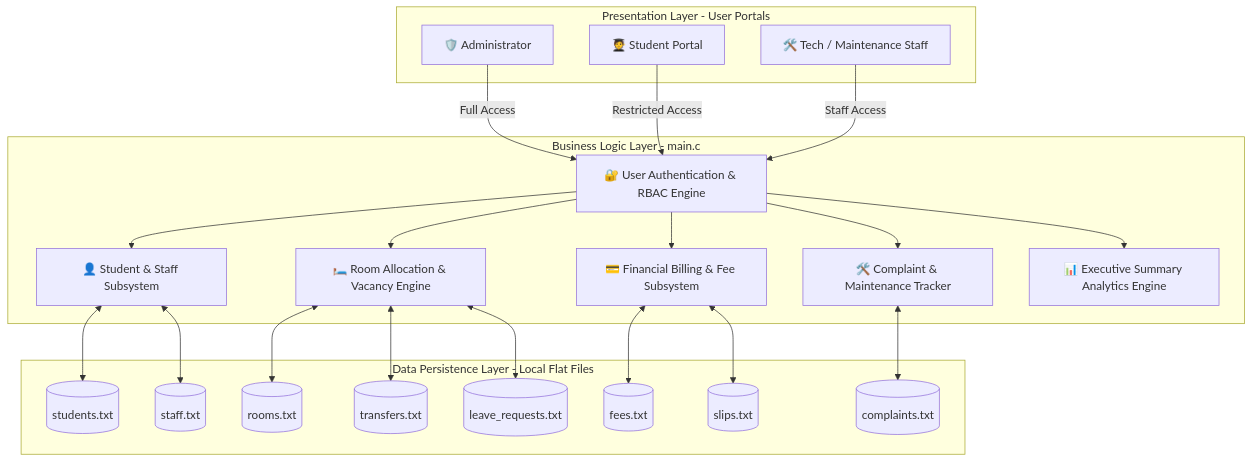
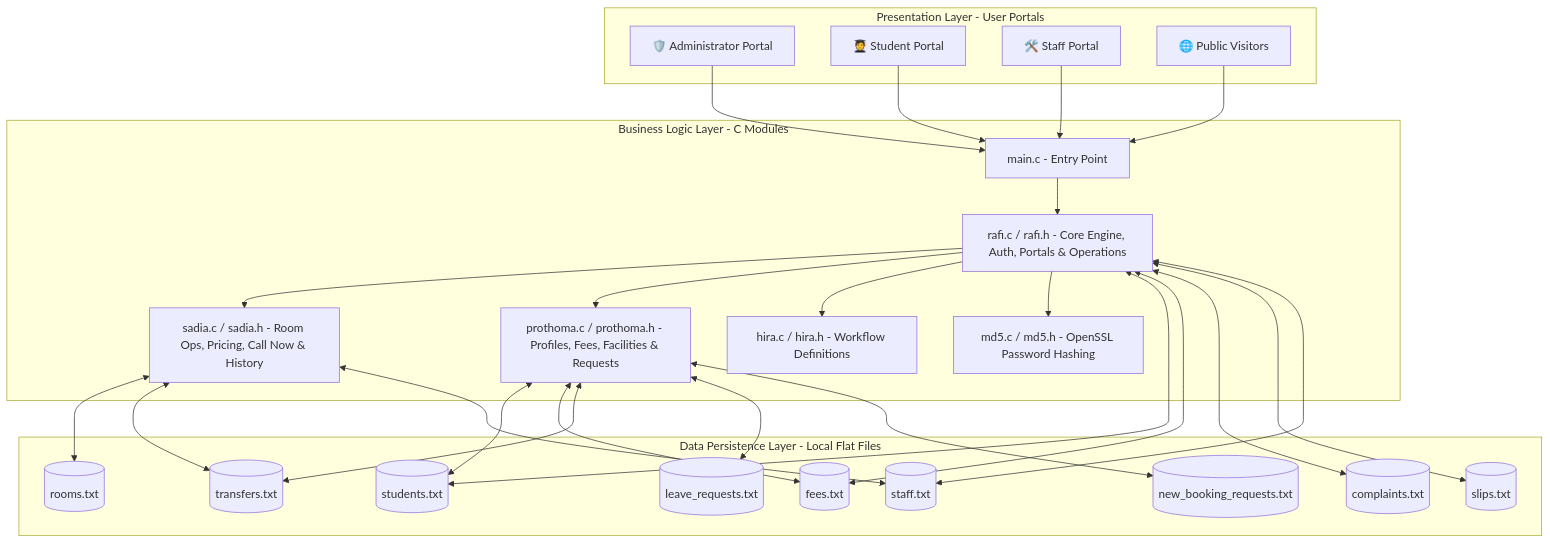
Before and after one commit to Null-Spectra/Capstone_Project_4th_Semester: the diagram in README.md, drawn with Mermaid. The commit also changed other lines of this file and 4 other files, not shown here.

````diff
--- a/README.md
+++ b/README.md
@@ -58,39 +56,38 @@
 ```mermaid
 graph TD
     subgraph Presentation Layer - User Portals
-        U1[🛡️ Administrator]
+        U1[🛡️ Administrator Portal]
         U2[🧑‍🎓 Student Portal]
-        U3[🛠️ Tech / Maintenance Staff]
+        U3[🛠️ Staff Portal]
+        U4[🌐 Public Visitors]
     end
 
-    subgraph Business Logic Layer - main.c
-        AUTH[🔐 User Authentication & RBAC Engine]
-        STUD[👤 Student & Staff Subsystem]
-        ROOM[🛏️ Room Allocation & Vacancy Engine]
-        FEE[💳 Financial Billing & Fee Subsystem]
-        COMP[🛠️ Complaint & Maintenance Tracker]
-        RPT[📊 Executive Summary Analytics Engine]
+    subgraph Business Logic Layer - C Modules
+        MAIN[main.c - Entry Point]
+        RAFI[rafi.c / rafi.h - Core Engine, Auth, Portals & Operations]
+        SADIA[sadia.c / sadia.h - Room Ops, Pricing, Call Now & History]
+        PROTHOMA[prothoma.c / prothoma.h - Profiles, Fees, Facilities & Requests]
+        HIRA[hira.c / hira.h - Workflow Definitions]
+        MD5[md5.c / md5.h - OpenSSL Password Hashing]
     end
 
     subgraph Data Persistence Layer - Local Flat Files
         DB1[(students.txt)]
         DB2[(rooms.txt)]
         DB3[(fees.txt)]
         DB4[(complaints.txt)]
         DB5[(transfers.txt)]
         DB6[(slips.txt)]
         DB7[(leave_requests.txt)]
         DB8[(staff.txt)]
+        DB9[(new_booking_requests.txt)]
     end
 
-    U1 -->|Full Access| AUTH
-    U2 -->|Restricted Access| AUTH
-    U3 -->|Staff Access| AUTH
+    U1 & U2 & U3 & U4 --> MAIN
+    MAIN --> RAFI
+    RAFI --> SADIA & PROTHOMA & HIRA & MD5
 
-    AUTH --> STUD & ROOM & FEE & COMP & RPT
-
-    STUD <--> DB1 & DB8
-    ROOM <--> DB2 & DB5 & DB7
-    FEE <--> DB3 & DB6
-    COMP <--> DB4
+    RAFI <--> DB1 & DB3 & DB4 & DB6 & DB8
+    SADIA <--> DB2 & DB5 & DB8
+    PROTHOMA <--> DB1 & DB3 & DB5 & DB7 & DB9
 ```
````
